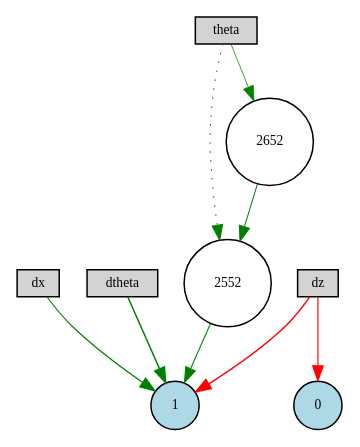
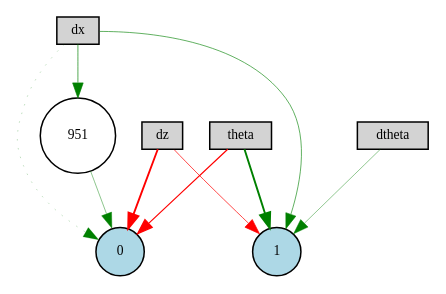
Before and after one commit to benjaminkeltjens/BioInspiredDrone: the diagram in first_stabiliser/Digraph.gv, drawn with Graphviz. The commit also changed 548 other files, not shown here.

```diff
--- a/first_stabiliser/Digraph.gv
+++ b/first_stabiliser/Digraph.gv
@@ -1,19 +1,19 @@
 digraph {
 	node [fontsize=9 height=0.2 shape=circle width=0.2]
 	dx [fillcolor=lightgray shape=box style=filled]
 	dz [fillcolor=lightgray shape=box style=filled]
 	theta [fillcolor=lightgray shape=box style=filled]
 	dtheta [fillcolor=lightgray shape=box style=filled]
 	0 [fillcolor=lightblue style=filled]
 	1 [fillcolor=lightblue style=filled]
-	2552 [fillcolor=white style=filled]
-	2652 [fillcolor=white style=filled]
-	dz -> 0 [color=red penwidth=0.7648319639730117 style=solid]
-	dz -> 1 [color=red penwidth=0.9656528019229202 style=solid]
-	dtheta -> 1 [color=green penwidth=0.9883686594907114 style=solid]
-	dx -> 1 [color=green penwidth=0.7817619877884139 style=solid]
-	theta -> 2552 [color=green penwidth=0.7126998341776075 style=dotted]
-	2552 -> 1 [color=green penwidth=0.6953877192243381 style=solid]
-	theta -> 2652 [color=green penwidth=0.5140806639187988 style=solid]
-	2652 -> 2552 [color=green penwidth=0.677425669925246 style=solid]
+	951 [fillcolor=white style=filled]
+	theta -> 1 [color=green penwidth=1.2691164652519704 style=solid]
+	dz -> 0 [color=red penwidth=1.2428659284169488 style=solid]
+	theta -> 0 [color=red penwidth=0.818314343009715 style=solid]
+	dtheta -> 1 [color=green penwidth=0.2879905021884336 style=solid]
+	dx -> 1 [color=green penwidth=0.41319858529355 style=solid]
+	dz -> 1 [color=red penwidth=0.46681799901855725 style=solid]
+	dx -> 0 [color=green penwidth=0.1678834189733287 style=dotted]
+	dx -> 951 [color=green penwidth=0.4458344807762581 style=solid]
+	951 -> 0 [color=green penwidth=0.29869719934027944 style=solid]
 }
```
